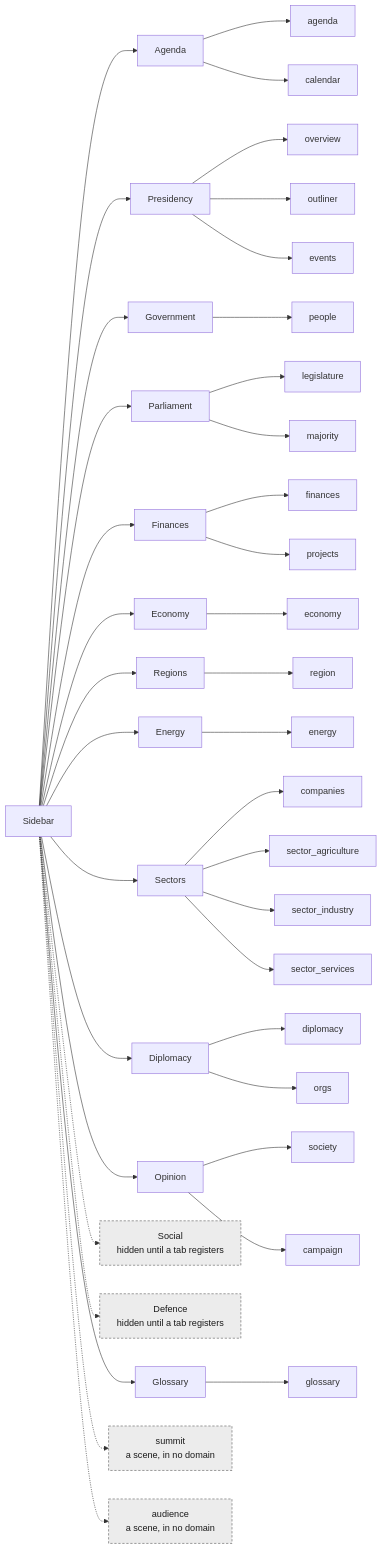
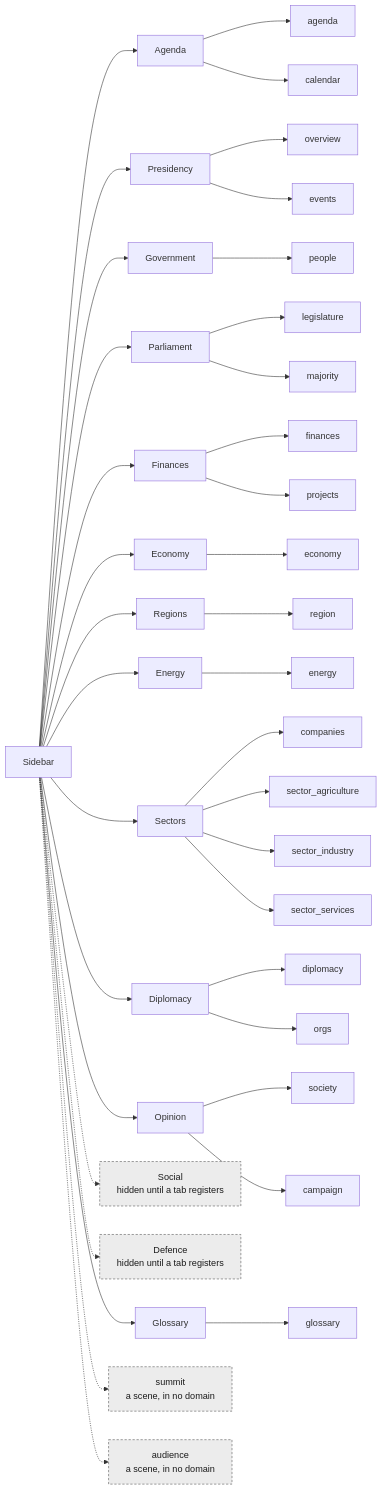
Before and after one commit to powerbassist/World-simulator: the diagram in docs/shell.md, drawn with Mermaid. The commit also changed 35 other files, not shown here.

First line of the commit message:
Rework 2 S1: one Presidency page replaces the Overview and the Outliner

````diff
--- a/docs/shell.md
+++ b/docs/shell.md
@@ -25,43 +25,42 @@
 ```mermaid
 flowchart LR
   sb["Sidebar"]
   sb --> d_agenda["Agenda"]
   d_agenda --> t_agenda["agenda"]
   d_agenda --> t_calendar["calendar"]
   sb --> d_presidency["Presidency"]
   d_presidency --> t_overview["overview"]
-  d_presidency --> t_outliner["outliner"]
   d_presidency --> t_events["events"]
   sb --> d_government["Government"]
   d_government --> t_people["people"]
   sb --> d_parliament["Parliament"]
   d_parliament --> t_legislature["legislature"]
   d_parliament --> t_majority["majority"]
   sb --> d_finances["Finances"]
   d_finances --> t_finances["finances"]
   d_finances --> t_projects["projects"]
   sb --> d_economy["Economy"]
   d_economy --> t_economy["economy"]
   sb --> d_territory["Regions"]
   d_territory --> t_region["region"]
   sb --> d_energy["Energy"]
   d_energy --> t_energy["energy"]
   sb --> d_sectors["Sectors"]
   d_sectors --> t_companies["companies"]
   d_sectors --> t_sector_agriculture["sector_agriculture"]
   d_sectors --> t_sector_industry["sector_industry"]
   d_sectors --> t_sector_services["sector_services"]
   sb --> d_diplomacy["Diplomacy"]
   d_diplomacy --> t_diplomacy["diplomacy"]
   d_diplomacy --> t_orgs["orgs"]
   sb --> d_opinion["Opinion"]
   d_opinion --> t_society["society"]
   d_opinion --> t_campaign["campaign"]
   sb -.-> d_social["Social<br/>hidden until a tab registers"]:::hidden
   sb -.-> d_defence["Defence<br/>hidden until a tab registers"]:::hidden
   sb --> d_glossary["Glossary"]
   d_glossary --> t_glossary["glossary"]
   sb -.-> s_summit["summit<br/>a scene, in no domain"]:::hidden
   sb -.-> s_audience["audience<br/>a scene, in no domain"]:::hidden
   classDef hidden stroke-dasharray:4 3,fill:#ececec,stroke:#555,color:#1a1a1a
 ```
````
